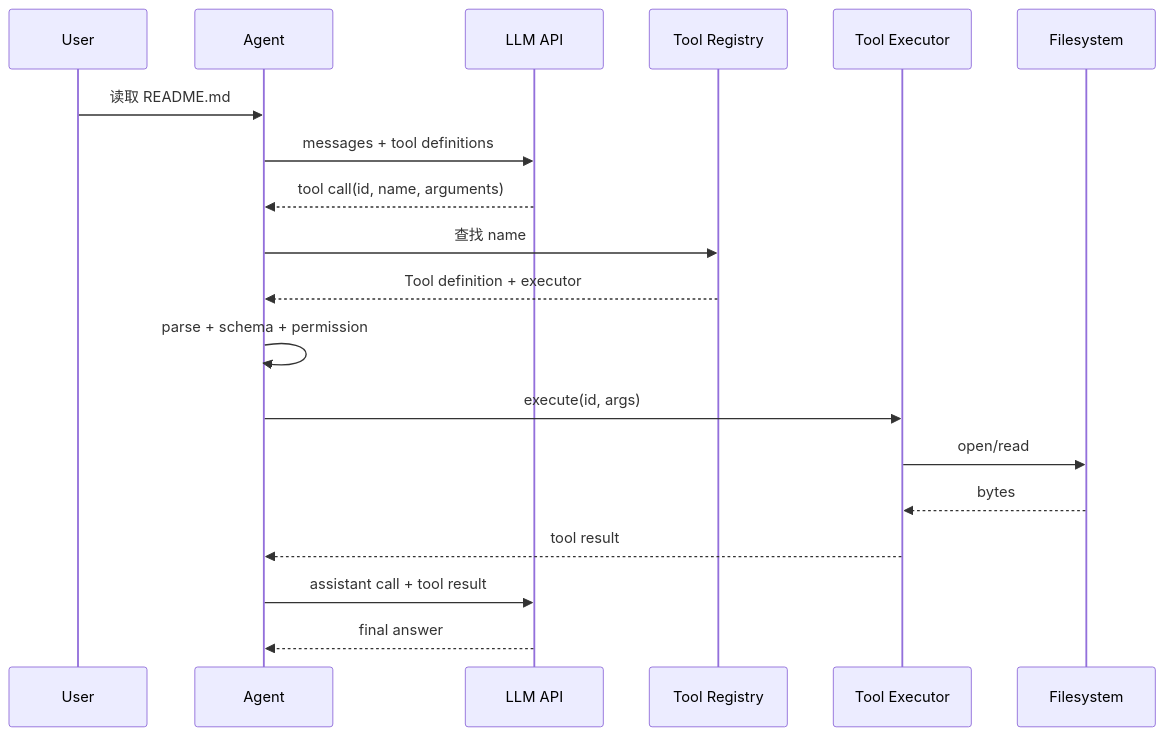
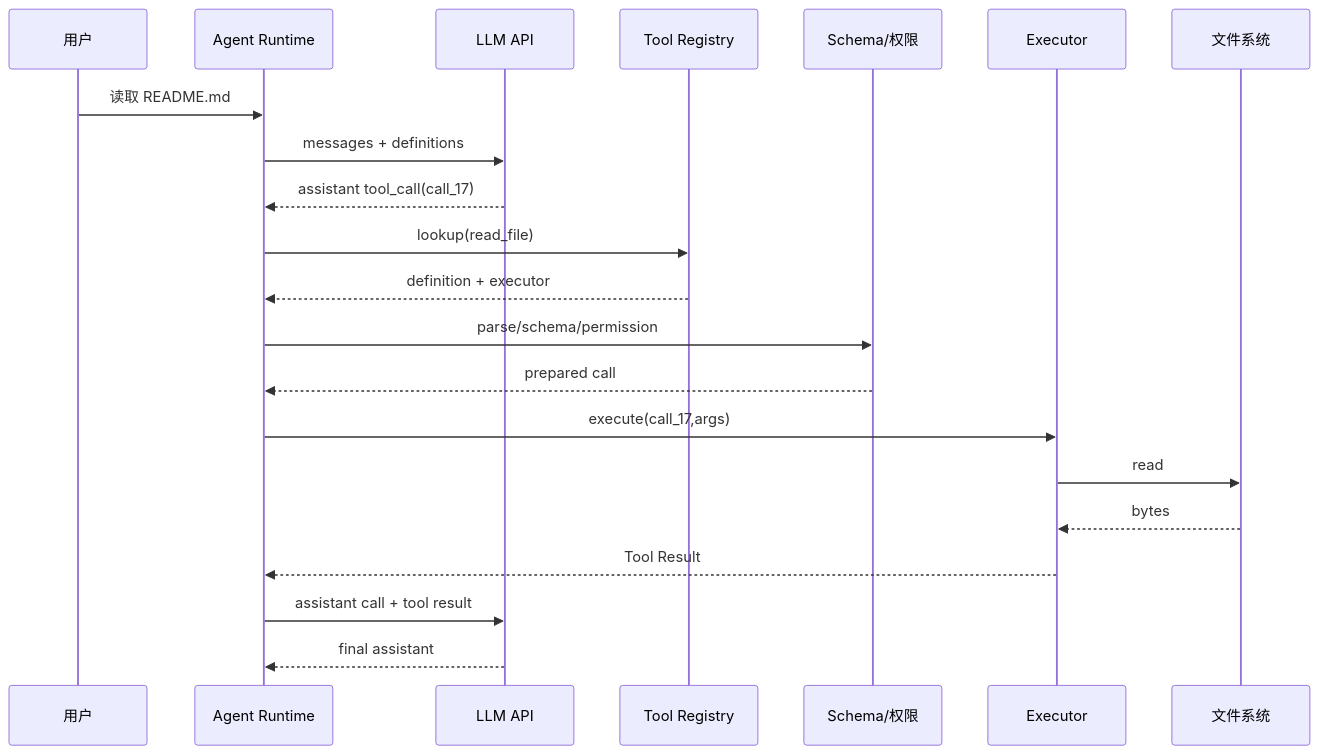
The diagram in ai-agent-learning/04-tools/tool-calling.mdx (coolerks/pi-lean), drawn with Mermaid before and after one commit. The commit also changed other lines of this file and 135 other files, not shown here.

````diff
--- a/ai-agent-learning/04-tools/tool-calling.mdx
+++ b/ai-agent-learning/04-tools/tool-calling.mdx
@@ -34,21 +82,23 @@
 ```mermaid
 sequenceDiagram
-    participant U as User
-    participant A as Agent
+    participant U as 用户
+    participant A as Agent Runtime
     participant L as LLM API
     participant R as Tool Registry
-    participant E as Tool Executor
-    participant F as Filesystem
+    participant V as Schema/权限
+    participant E as Executor
+    participant F as 文件系统
     U->>A: 读取 README.md
-    A->>L: messages + tool definitions
-    L-->>A: tool call(id, name, arguments)
-    A->>R: 查找 name
-    R-->>A: Tool definition + executor
-    A->>A: parse + schema + permission
-    A->>E: execute(id, args)
-    E->>F: open/read
+    A->>L: messages + definitions
+    L-->>A: assistant tool_call(call_17)
+    A->>R: lookup(read_file)
+    R-->>A: definition + executor
+    A->>V: parse/schema/permission
+    V-->>A: prepared call
+    A->>E: execute(call_17,args)
+    E->>F: read
     F-->>E: bytes
-    E-->>A: tool result
+    E-->>A: Tool Result
     A->>L: assistant call + tool result
-    L-->>A: final answer
+    L-->>A: final assistant
 ```
````
